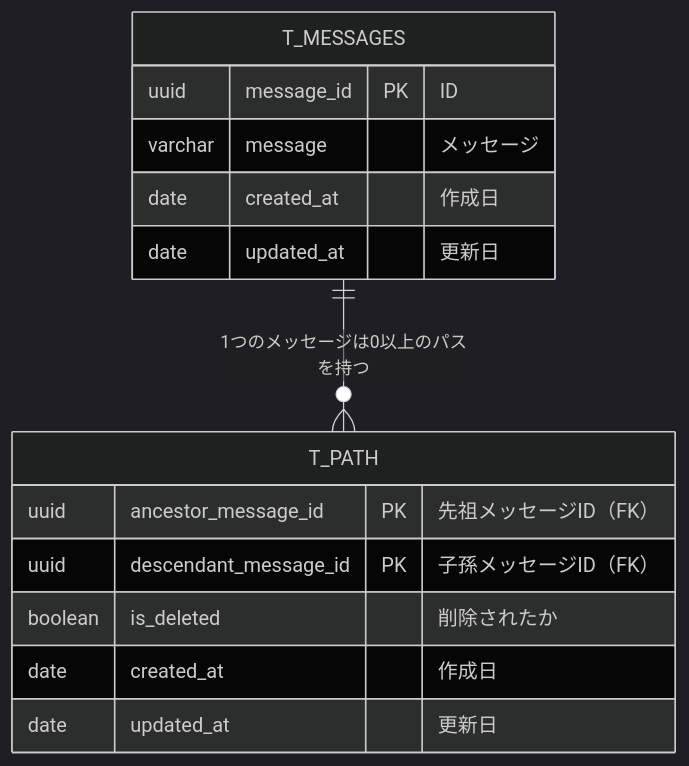
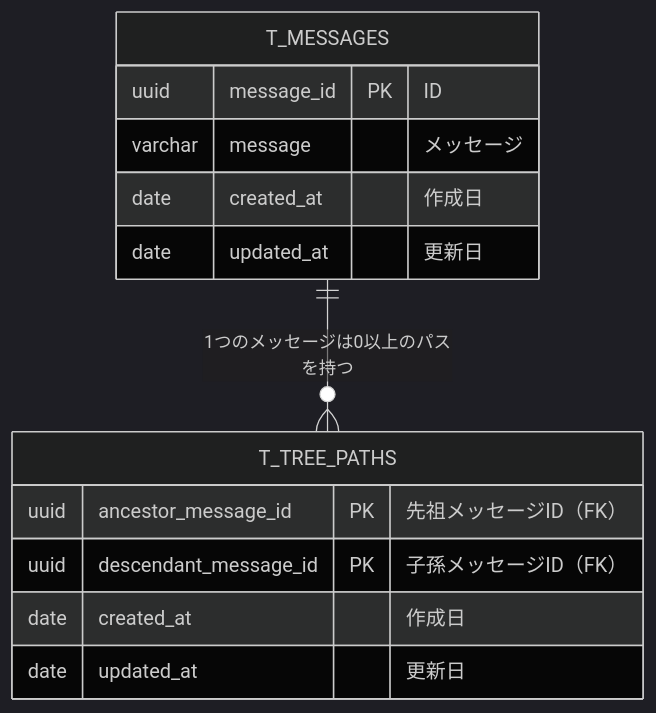
Before and after one commit to praha-inc/praha-challenge-7: the diagram in F0yWy8HaLlWoST/01_データベース設計/09_データベース設計のアンチパターンを学ぶ4/kadai.md, drawn with Mermaid (dark theme).

Commit message:
fix: 指摘修正

````diff
--- a/F0yWy8HaLlWoST/01_データベース設計/09_データベース設計のアンチパターンを学ぶ4/kadai.md
+++ b/F0yWy8HaLlWoST/01_データベース設計/09_データベース設計のアンチパターンを学ぶ4/kadai.md
@@ -13,20 +13,19 @@
 ```mermaid
 erDiagram
 
   T_MESSAGES {
     uuid message_id PK "ID"
     varchar message "メッセージ"
     date created_at "<Not null> 作成日"
     date updated_at "更新日"
   }
 
-  T_PATH {
+  T_TREE_PATHS {
     uuid ancestor_message_id PK "先祖メッセージID（FK）"
     uuid descendant_message_id PK "子孫メッセージID（FK）"
-    boolean is_deleted "<Not null> 削除されたか"
     date created_at "<Not null> 作成日"
     date updated_at "更新日"
   }
 
-  T_MESSAGES ||--o{ T_PATH: "1つのメッセージは0以上のパスを持つ"
+  T_MESSAGES ||--o{ T_TREE_PATHS: "1つのメッセージは0以上のパスを持つ"
 ```
````
